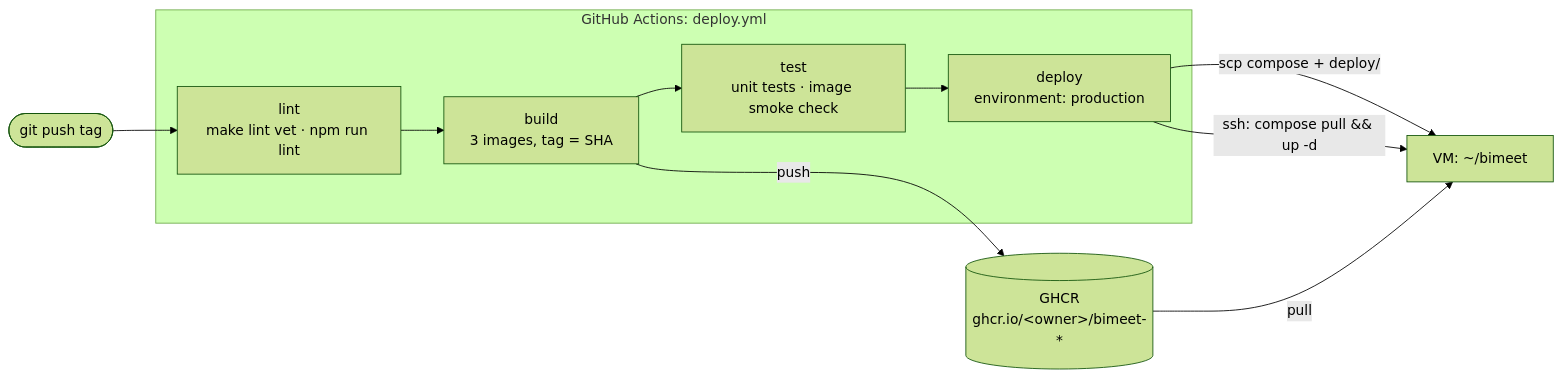
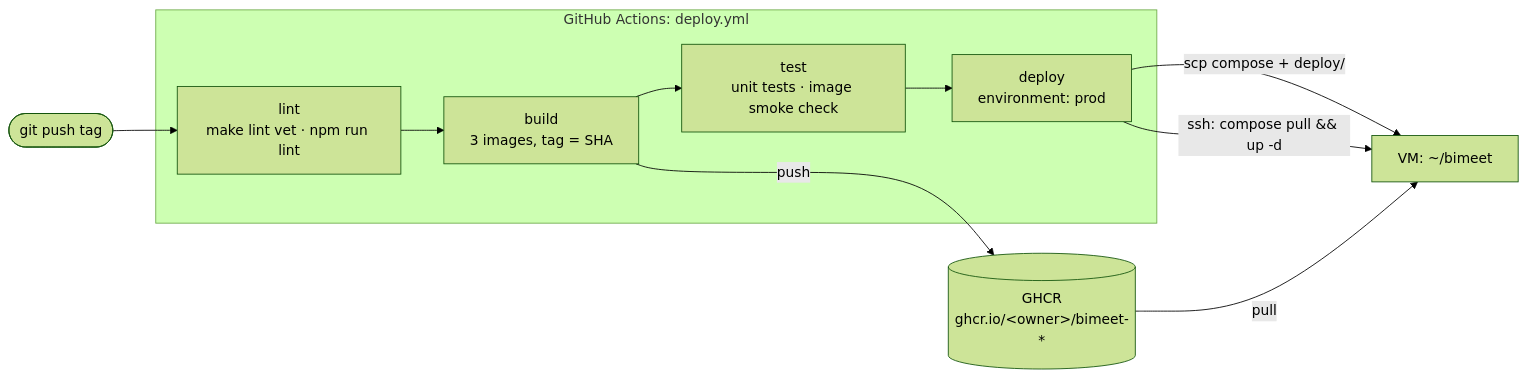
One commit to AntonSlavshchikov/bimeet changed the second of 4 diagrams in docs/architecture.md. Above: the diagram before and after it, drawn with Mermaid (forest theme). The commit also changed 4 other files, not shown here.

First line of the commit message:
docs(adr): record the private minio bucket and prod environment

````diff
--- a/docs/architecture.md
+++ b/docs/architecture.md
@@ -35,15 +35,15 @@
 ```mermaid
 flowchart LR
     dev([git push tag]) --> lint
     subgraph gha["GitHub Actions: deploy.yml"]
         lint["lint<br/>make lint vet · npm run lint"]
         build["build<br/>3 images, tag = SHA"]
         test["test<br/>unit tests · image smoke check"]
-        deploy["deploy<br/>environment: production"]
+        deploy["deploy<br/>environment: prod"]
         lint --> build --> test --> deploy
     end
     build -- push --> ghcr[("GHCR<br/>ghcr.io/&lt;owner&gt;/bimeet-*")]
     deploy -- "scp compose + deploy/" --> vm["VM: ~/bimeet"]
     deploy -- "ssh: compose pull && up -d" --> vm
     ghcr -- pull --> vm
 ```
````
